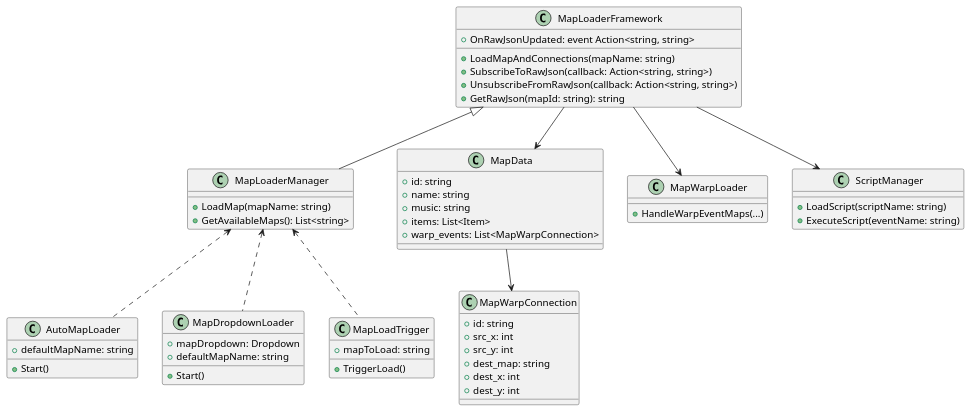
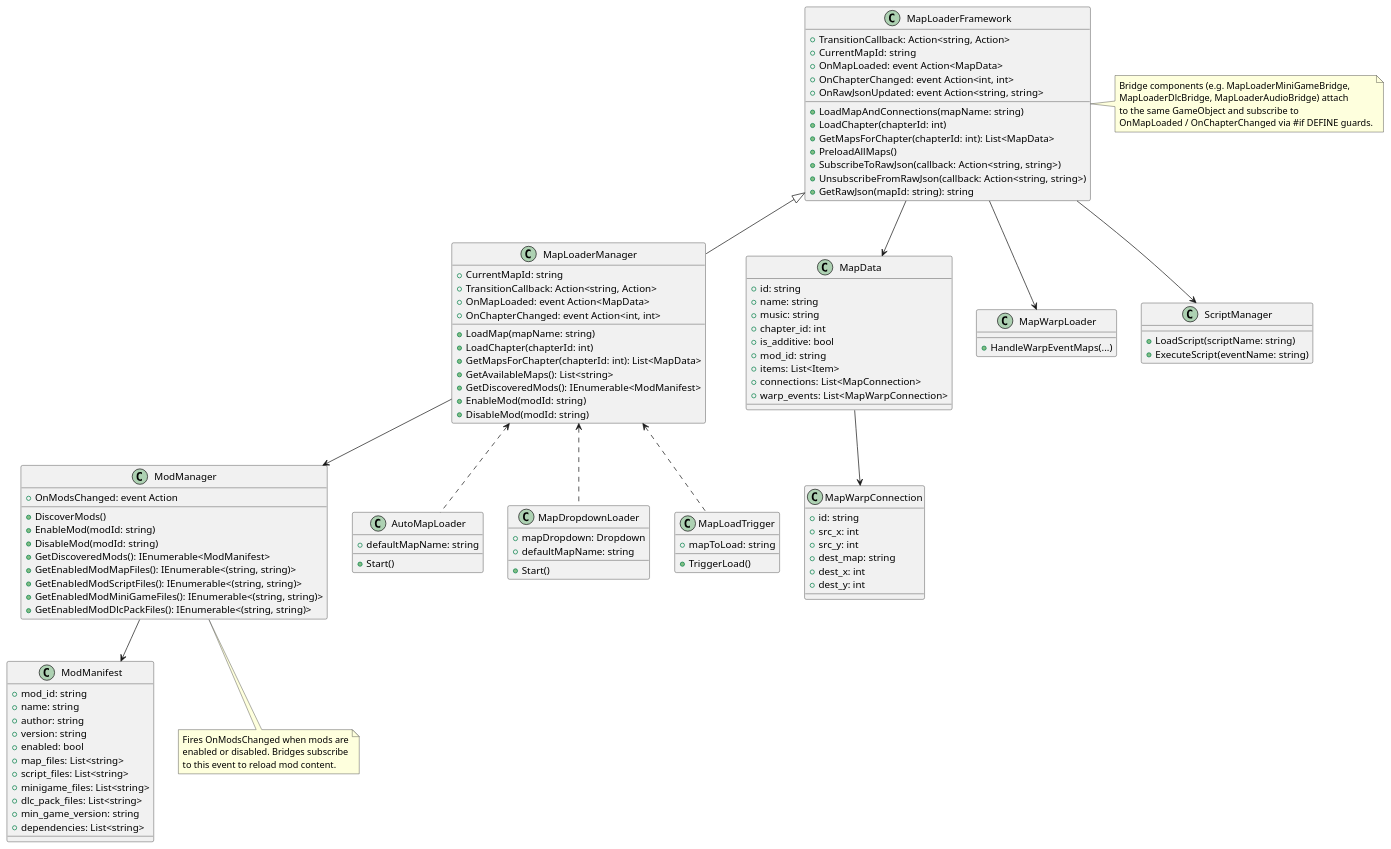
The diagram in Documentation/MapLoaderFramework_ClassDiagram.puml (RolandKaechele/MapLoaderFramework), drawn with PlantUML before and after one commit. The commit also changed 4 other files, not shown here.

```diff
--- a/Documentation/MapLoaderFramework_ClassDiagram.puml
+++ b/Documentation/MapLoaderFramework_ClassDiagram.puml
@@ -1,69 +1,130 @@
 @startuml MapLoaderFramework_ClassDiagram
 '
 ' MapLoaderFramework - Class Diagram
 ' This diagram shows the main classes, their relationships, and extension points in the framework.
 '
 class MapLoaderFramework {
     +LoadMapAndConnections(mapName: string)
+    +LoadChapter(chapterId: int)
+    +GetMapsForChapter(chapterId: int): List<MapData>
+    +PreloadAllMaps()
     +SubscribeToRawJson(callback: Action<string, string>)
     +UnsubscribeFromRawJson(callback: Action<string, string>)
     +GetRawJson(mapId: string): string
+    +TransitionCallback: Action<string, Action>
+    +CurrentMapId: string
+    +OnMapLoaded: event Action<MapData>
+    +OnChapterChanged: event Action<int, int>
     +OnRawJsonUpdated: event Action<string, string>
 }
 
 class MapLoaderManager {
     +LoadMap(mapName: string)
+    +LoadChapter(chapterId: int)
+    +GetMapsForChapter(chapterId: int): List<MapData>
     +GetAvailableMaps(): List<string>
+    +GetDiscoveredMods(): IEnumerable<ModManifest>
+    +EnableMod(modId: string)
+    +DisableMod(modId: string)
+    +CurrentMapId: string
+    +TransitionCallback: Action<string, Action>
+    +OnMapLoaded: event Action<MapData>
+    +OnChapterChanged: event Action<int, int>
+}
+
+class ModManager {
+    +DiscoverMods()
+    +EnableMod(modId: string)
+    +DisableMod(modId: string)
+    +GetDiscoveredMods(): IEnumerable<ModManifest>
+    +GetEnabledModMapFiles(): IEnumerable<(string, string)>
+    +GetEnabledModScriptFiles(): IEnumerable<(string, string)>
+    +GetEnabledModMiniGameFiles(): IEnumerable<(string, string)>
+    +GetEnabledModDlcPackFiles(): IEnumerable<(string, string)>
+    +OnModsChanged: event Action
+}
+
+class ModManifest {
+    +mod_id: string
+    +name: string
+    +author: string
+    +version: string
+    +enabled: bool
+    +map_files: List<string>
+    +script_files: List<string>
+    +minigame_files: List<string>
+    +dlc_pack_files: List<string>
+    +min_game_version: string
+    +dependencies: List<string>
 }
 
 class AutoMapLoader {
     +defaultMapName: string
     +Start()
 }
 
 class MapDropdownLoader {
     +mapDropdown: Dropdown
     +defaultMapName: string
     +Start()
 }
 
 class MapLoadTrigger {
     +mapToLoad: string
     +TriggerLoad()
 }
 
 class MapData {
     +id: string
     +name: string
     +music: string
+    +chapter_id: int
+    +is_additive: bool
+    +mod_id: string
     +items: List<Item>
+    +connections: List<MapConnection>
     +warp_events: List<MapWarpConnection>
 }
 
 class MapWarpConnection {
     +id: string
     +src_x: int
     +src_y: int
     +dest_map: string
     +dest_x: int
     +dest_y: int
 }
 
 class MapWarpLoader {
     +HandleWarpEventMaps(...)
 }
 
 class ScriptManager {
     +LoadScript(scriptName: string)
     +ExecuteScript(eventName: string)
 }
 
+note bottom of ModManager
+  Fires OnModsChanged when mods are
+  enabled or disabled. Bridges subscribe
+  to this event to reload mod content.
+end note
+
+note right of MapLoaderFramework
+  Bridge components (e.g. MapLoaderMiniGameBridge,
+  MapLoaderDlcBridge, MapLoaderAudioBridge) attach
+  to the same GameObject and subscribe to
+  OnMapLoaded / OnChapterChanged via #if DEFINE guards.
+end note
+
 MapLoaderFramework <|-- MapLoaderManager
 MapLoaderManager <.. AutoMapLoader
 MapLoaderManager <.. MapDropdownLoader
 MapLoaderManager <.. MapLoadTrigger
+MapLoaderManager --> ModManager
 MapLoaderFramework --> MapData
 MapLoaderFramework --> ScriptManager
 MapLoaderFramework --> MapWarpLoader
 MapData --> MapWarpConnection
+ModManager --> ModManifest
 @enduml
```
